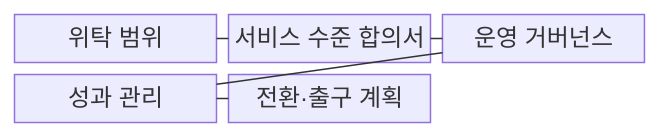
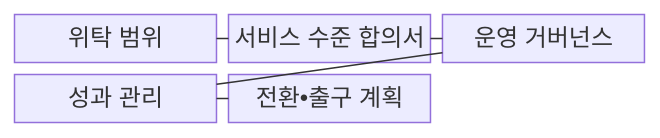
Before and after one commit to agnusdei1207/knowledge-base: the first of 2 diagrams in src/content/docs/notes/07-law-policy/014_it_outsourcing_msp.md, drawn with Mermaid. The commit also changed other lines of this file and 953 other files, not shown here.

````diff
--- a/src/content/docs/notes/07-law-policy/014_it_outsourcing_msp.md
+++ b/src/content/docs/notes/07-law-policy/014_it_outsourcing_msp.md
@@ -71,13 +71,13 @@
 ```mermaid
 block-beta
     columns 3
     A["위탁 범위"]
     B["서비스 수준 합의서"]
     C["운영 거버넌스"]
     D["성과 관리"]
-    E["전환·출구 계획"]
+    E["전환•출구 계획"]
     A --- B
     B --- C
     C --- D
     D --- E
 ```
````
